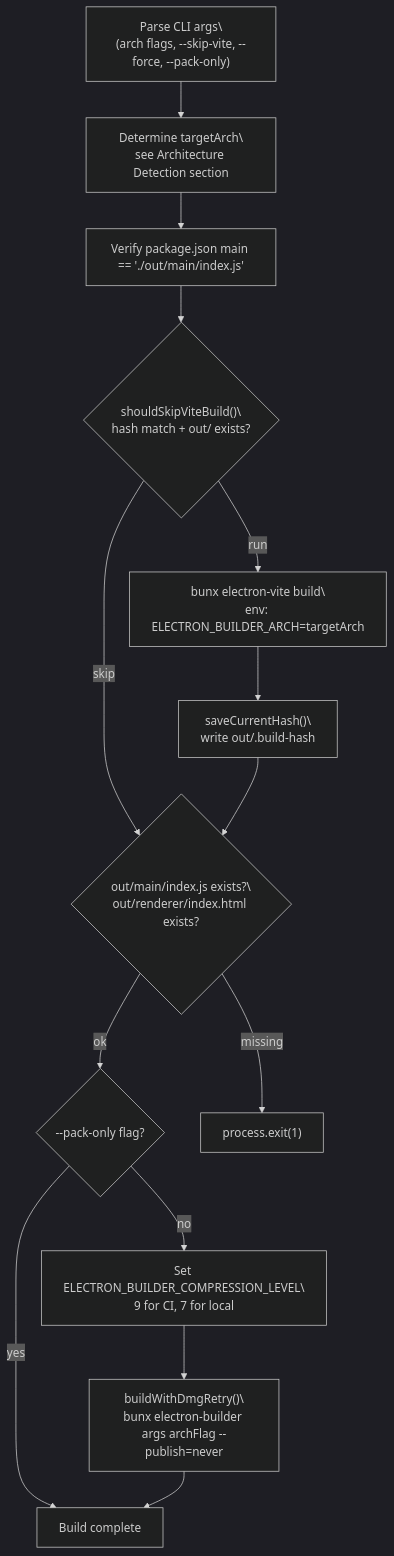
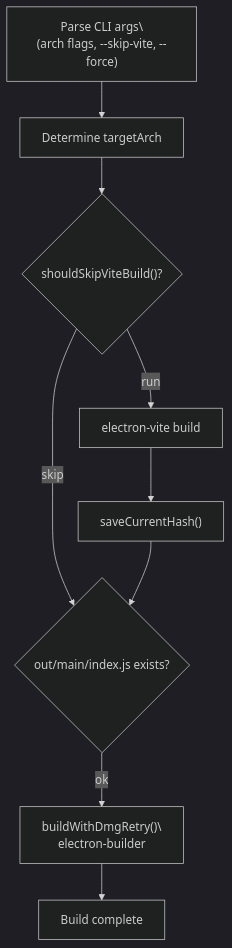
One commit to blackcater/zentree changed the fourth of 5 diagrams in docs/iOfficeAI_AionUi/build-and-deployment/two-phase-build-process.md. Above: the diagram before and after it, drawn with Mermaid (dark theme). The commit also changed other lines of this file and 232 other files, not shown here.

````diff
--- a/docs/iOfficeAI_AionUi/build-and-deployment/two-phase-build-process.md
+++ b/docs/iOfficeAI_AionUi/build-and-deployment/two-phase-build-process.md
@@ -235,37 +236,22 @@
 ```mermaid
 graph TD
     Start["Parse CLI args\
-(arch flags, --skip-vite, --force, --pack-only)"]
-    DetectArch["Determine targetArch\
-see Architecture Detection section"]
-    FixPkg["Verify package.json main == './out/main/index.js'"]
-    IncrCheck{"shouldSkipViteBuild()\
-hash match + out/ exists?"}
-    Phase1["bunx electron-vite build\
-env: ELECTRON_BUILDER_ARCH=targetArch"]
-    SaveHash["saveCurrentHash()\
-write out/.build-hash"]
-    VerifyOut{"out/main/index.js exists?\
-out/renderer/index.html exists?"}
-    PackOnly{"--pack-only flag?"}
-    SetCompression["Set ELECTRON_BUILDER_COMPRESSION_LEVEL\
-9 for CI, 7 for local"]
+(arch flags, --skip-vite, --force)"]
+    DetectArch["Determine targetArch"]
+    IncrCheck{"shouldSkipViteBuild()?"}
+    Phase1["electron-vite build"]
+    SaveHash["saveCurrentHash()"]
+    VerifyOut{"out/main/index.js exists?"}
     Phase2["buildWithDmgRetry()\
-bunx electron-builder args archFlag --publish=never"]
+electron-builder"]
     Done["Build complete"]
-    Fail["process.exit(1)"]
 
     Start --> DetectArch
-    DetectArch --> FixPkg
-    FixPkg --> IncrCheck
+    DetectArch --> IncrCheck
     IncrCheck -- "skip" --> VerifyOut
     IncrCheck -- "run" --> Phase1
     Phase1 --> SaveHash
     SaveHash --> VerifyOut
-    VerifyOut -- "missing" --> Fail
-    VerifyOut -- "ok" --> PackOnly
-    PackOnly -- "yes" --> Done
-    PackOnly -- "no" --> SetCompression
-    SetCompression --> Phase2
+    VerifyOut -- "ok" --> Phase2
     Phase2 --> Done
 ```
````
